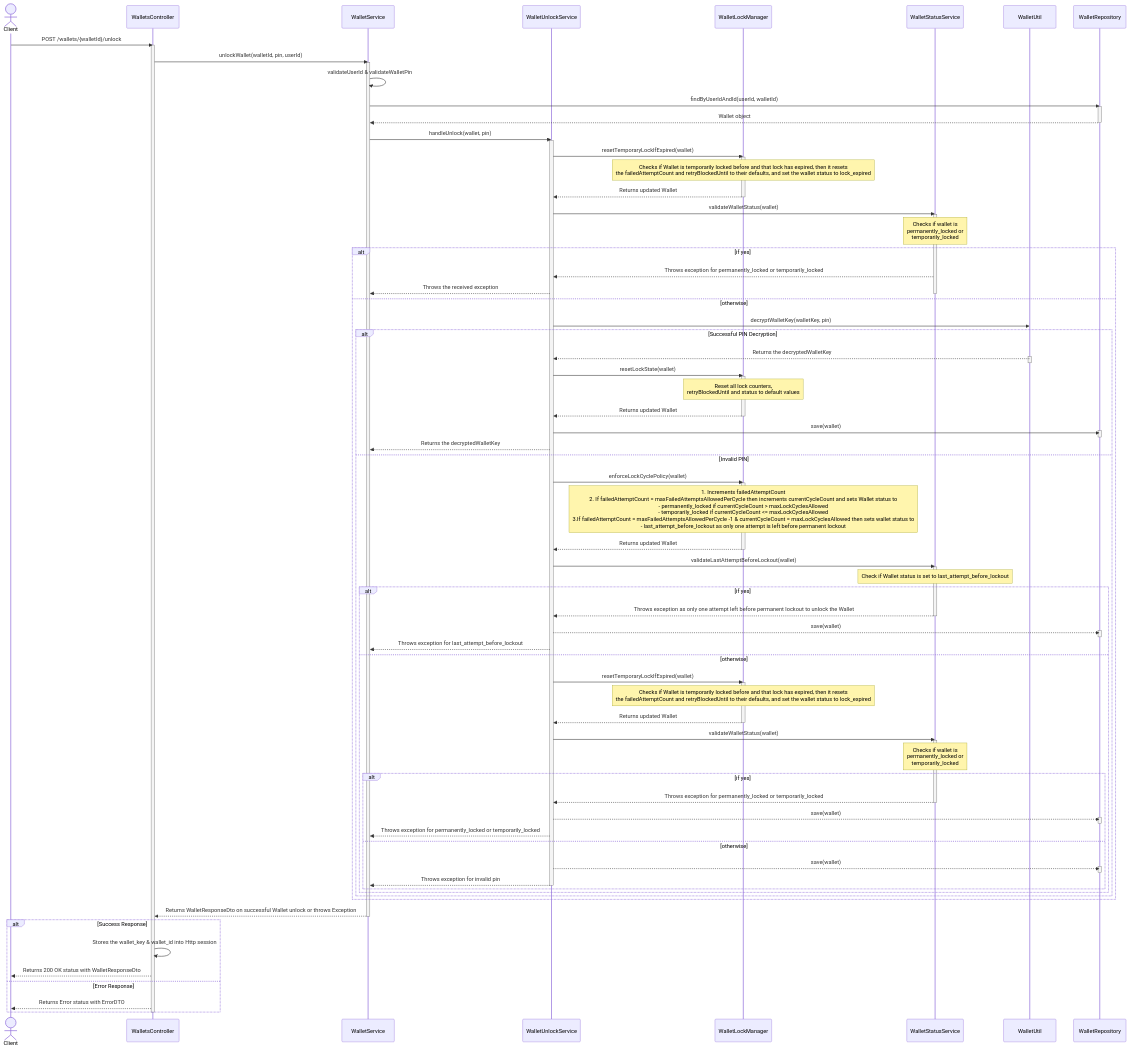
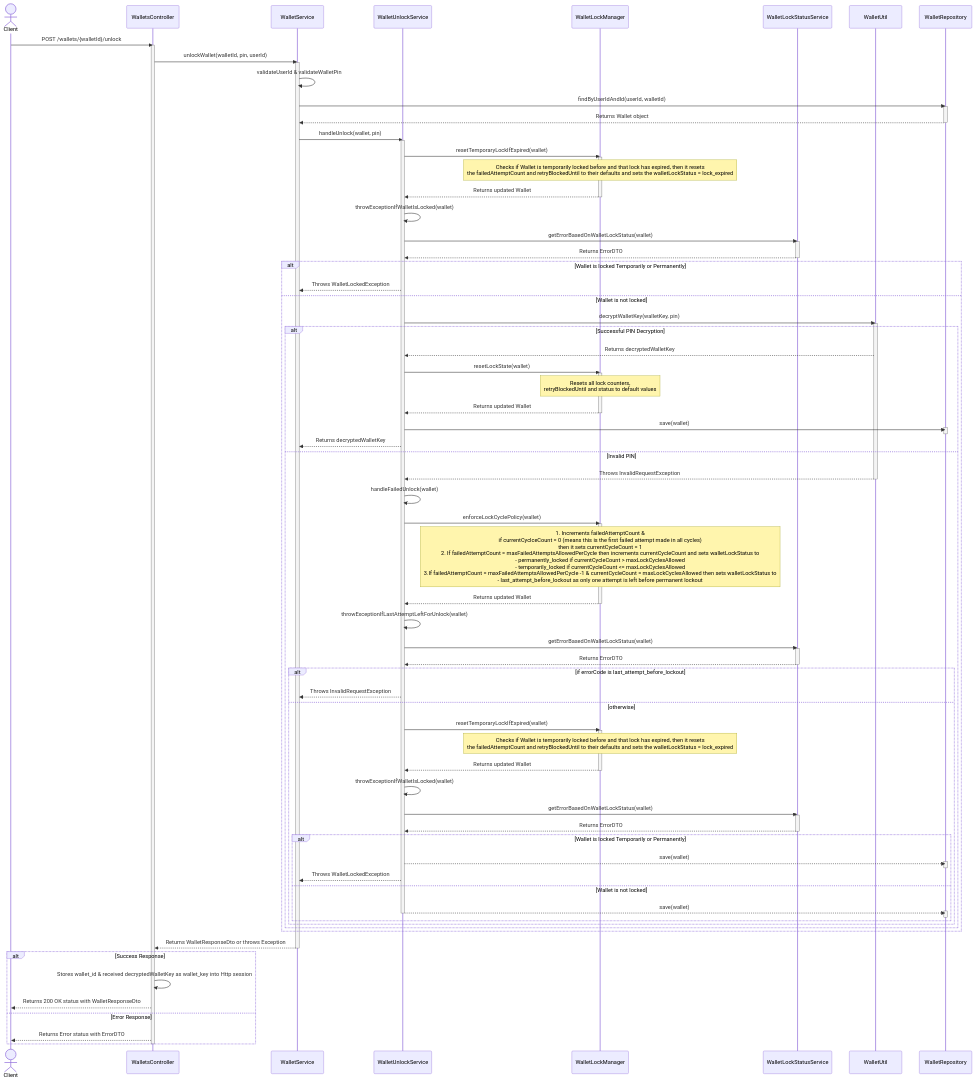
One commit to mosip/mimoto changed the diagram in docs/WalletUnlockProcess.md. Above: the diagram before and after it, drawn with Mermaid. The commit also changed 1 other file, not shown here.

Commit message:
[INJIWEB-1627] update wallet unlock process sequence diagram

```diff
--- a/docs/WalletUnlockProcess.md
+++ b/docs/WalletUnlockProcess.md
@@ -24,7 +24,7 @@
 participant WalletService
 participant WalletUnlockService
 participant WalletLockManager
-participant WalletStatusService
+participant WalletLockStatusService
 participant WalletUtil
 participant WalletRepository
 
@@ -37,7 +37,7 @@
     WalletService->>WalletService: validateUserId & validateWalletPin
     WalletService->>WalletRepository: findByUserIdAndId(userId, walletId)
     activate WalletRepository
-    WalletRepository-->>WalletService: Wallet object
+    WalletRepository-->>WalletService: Returns Wallet object
     deactivate WalletRepository
     
     WalletService->>WalletUnlockService: handleUnlock(wallet, pin)
@@ -45,86 +45,87 @@
     
     WalletUnlockService->>WalletLockManager: resetTemporaryLockIfExpired(wallet)
     activate WalletLockManager
-    Note over WalletLockManager: Checks if Wallet is temporarily locked before and that lock has expired, then it resets<br/> the failedAttemptCount and retryBlockedUntil to their defaults, and set the wallet status to lock_expired
+    Note over WalletLockManager: Checks if Wallet is temporarily locked before and that lock has expired, then it resets<br/> the failedAttemptCount and retryBlockedUntil to their defaults and sets the walletLockStatus = lock_expired
     WalletLockManager-->>WalletUnlockService: Returns updated Wallet
     deactivate WalletLockManager
     
-    WalletUnlockService->>WalletStatusService: validateWalletStatus(wallet)
-    activate WalletStatusService
-    Note over WalletStatusService: Checks if wallet is<br/>permanently_locked or<br/>temporarily_locked
-    alt if yes 
-        WalletStatusService-->>WalletUnlockService: Throws exception for permanently_locked or temporarily_locked
-        WalletUnlockService-->>WalletService: Throws the received exception
-        deactivate WalletStatusService
-    else otherwise
+    WalletUnlockService->>WalletUnlockService: throwExceptionIfWalletIsLocked(wallet)
+    
+    WalletUnlockService->>WalletLockStatusService: getErrorBasedOnWalletLockStatus(wallet)
+    activate WalletLockStatusService
+    WalletLockStatusService-->>WalletUnlockService: Returns ErrorDTO
+    deactivate WalletLockStatusService
+    
+    alt Wallet is locked Temporarily or Permanently
+        WalletUnlockService-->>WalletService: Throws WalletLockedException
+    else Wallet is not locked
         WalletUnlockService->>WalletUtil: decryptWalletKey(walletKey, pin)
+        activate WalletUtil
         alt Successful PIN Decryption
-            WalletUtil-->>WalletUnlockService: Returns the decryptedWalletKey
-            activate WalletUtil
-            deactivate WalletUtil
-            
+            WalletUtil-->>WalletUnlockService: Returns decryptedWalletKey
+
             WalletUnlockService->>WalletLockManager: resetLockState(wallet)
             activate WalletLockManager
-            Note over WalletLockManager: Reset all lock counters,<br/>retryBlockedUntil and status to default values
+            Note over WalletLockManager: Resets all lock counters,<br/>retryBlockedUntil and status to default values
             WalletLockManager-->>WalletUnlockService: Returns updated Wallet
             deactivate WalletLockManager
             
             WalletUnlockService->>WalletRepository: save(wallet)
             activate WalletRepository
             deactivate WalletRepository
-            WalletUnlockService-->>WalletService: Returns the decryptedWalletKey
+            WalletUnlockService-->>WalletService: Returns decryptedWalletKey
         else Invalid PIN
+            WalletUtil-->>WalletUnlockService: Throws InvalidRequestException
+            deactivate WalletUtil
+            WalletUnlockService->>WalletUnlockService: handleFailedUnlock(wallet)
+            
             WalletUnlockService->>WalletLockManager: enforceLockCyclePolicy(wallet)
             activate WalletLockManager
-            
-            Note over WalletLockManager:1. Increments failedAttemptCount<br/>2. If failedAttemptCount = maxFailedAttemptsAllowedPerCycle then increments currentCycleCount and sets Wallet status to <br/> - permanently_locked if currentCycleCount > maxLockCyclesAllowed<br/> - temporarily_locked if currentCycleCount <= maxLockCyclesAllowed<br/>3.If failedAttemptCount = maxFailedAttemptsAllowedPerCycle -1 & currentCycleCount = maxLockCyclesAllowed then sets wallet status to<br/> - last_attempt_before_lockout as only one attempt is left before permanent lockout
-            
+            Note over WalletLockManager:1. Increments failedAttemptCount & <br/>if currentCyclceCount = 0 (means this is the first failed attempt made in all cycles)<br/>then it sets currentCycleCount = 1<br/>2. If failedAttemptCount = maxFailedAttemptsAllowedPerCycle then increments currentCycleCount and sets walletLockStatus to <br/> - permanently_locked if currentCycleCount > maxLockCyclesAllowed<br/> - temporarily_locked if currentCycleCount <= maxLockCyclesAllowed<br/>3.If failedAttemptCount = maxFailedAttemptsAllowedPerCycle -1 & currentCycleCount = maxLockCyclesAllowed then sets walletLockStatus to<br/> - last_attempt_before_lockout as only one attempt is left before permanent lockout
             WalletLockManager-->>WalletUnlockService: Returns updated Wallet
             deactivate WalletLockManager
-          
-            WalletUnlockService->>WalletStatusService: validateLastAttemptBeforeLockout(wallet)
-            activate WalletStatusService
-            Note over WalletStatusService: Check if Wallet status is set to last_attempt_before_lockout
-            alt if yes
-                WalletStatusService-->>WalletUnlockService: Throws exception as only one attempt left before permanent lockout to unlock the Wallet
-                deactivate WalletStatusService
-                WalletUnlockService-->>WalletRepository: save(wallet)
-                activate WalletRepository
-                deactivate WalletRepository
-                WalletUnlockService-->>WalletService: Throws exception for last_attempt_before_lockout
+            
+            WalletUnlockService->>WalletUnlockService: throwExceptionIfLastAttemptLeftForUnlock(wallet)
+            
+            WalletUnlockService->>WalletLockStatusService: getErrorBasedOnWalletLockStatus(wallet)
+            activate WalletLockStatusService
+            WalletLockStatusService-->>WalletUnlockService: Returns ErrorDTO
+            deactivate WalletLockStatusService
+            
+            alt if errorCode is last_attempt_before_lockout
+                WalletUnlockService-->>WalletService: Throws InvalidRequestException
             else otherwise
                 WalletUnlockService->>WalletLockManager: resetTemporaryLockIfExpired(wallet)
                 activate WalletLockManager
-                Note over WalletLockManager: Checks if Wallet is temporarily locked before and that lock has expired, then it resets<br/> the failedAttemptCount and retryBlockedUntil to their defaults, and set the wallet status to lock_expired
+                Note over WalletLockManager: Checks if Wallet is temporarily locked before and that lock has expired, then it resets<br/> the failedAttemptCount and retryBlockedUntil to their defaults and sets the walletLockStatus = lock_expired
                 WalletLockManager-->>WalletUnlockService: Returns updated Wallet
                 deactivate WalletLockManager
                 
-                WalletUnlockService->>WalletStatusService: validateWalletStatus(wallet)
-                activate WalletStatusService
-                Note over WalletStatusService: Checks if wallet is<br/>permanently_locked or<br/>temporarily_locked
-                alt if yes 
-                    WalletStatusService-->>WalletUnlockService: Throws exception for permanently_locked or temporarily_locked
-                    deactivate WalletStatusService
+                WalletUnlockService->>WalletUnlockService: throwExceptionIfWalletIsLocked(wallet)
+                WalletUnlockService->>WalletLockStatusService: getErrorBasedOnWalletLockStatus(wallet)
+                activate WalletLockStatusService
+                WalletLockStatusService-->>WalletUnlockService: Returns ErrorDTO
+                deactivate WalletLockStatusService
+                alt Wallet is locked Temporarily or Permanently
                     WalletUnlockService-->>WalletRepository: save(wallet)
                     activate WalletRepository
                     deactivate WalletRepository
-                    WalletUnlockService-->>WalletService: Throws exception for permanently_locked or temporarily_locked
-                else otherwise
+                    WalletUnlockService-->>WalletService: Throws WalletLockedException
+                else Wallet is not locked
                     WalletUnlockService-->>WalletRepository: save(wallet)
                     activate WalletRepository
                     deactivate WalletRepository
-                    WalletUnlockService-->>WalletService: Throws exception for invalid pin
                     deactivate WalletUnlockService
                 end
-            end 
+            end
         end
     end
     
-    WalletService-->>WalletsController: Returns WalletResponseDto on successful Wallet unlock or throws Exception
+    WalletService-->>WalletsController: Returns WalletResponseDto or throws Exception
     deactivate WalletService
-    
+
     alt Success Response
-        WalletsController->>WalletsController: Stores the wallet_key & wallet_id into Http session
+        WalletsController->>WalletsController: Stores wallet_id & received decryptedWalletKey as wallet_key into Http session
         WalletsController-->>Client: Returns 200 OK status with WalletResponseDto
     else Error Response
         WalletsController-->>Client: Returns Error status with ErrorDTO
```
